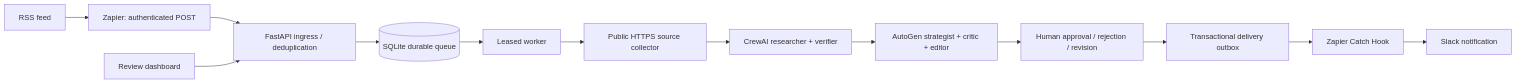
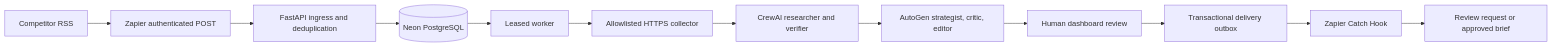
Before and after one commit to tusharg007/signalbrief-competitive-intelligence: the diagram in README.md, drawn with Mermaid. The commit also changed other lines of this file and 6 other files, not shown here.

````diff
--- a/README.md
+++ b/README.md
@@ -9,15 +91,14 @@
 ```mermaid
 flowchart LR
-    RSS[RSS feed] --> Z1[Zapier: authenticated POST]
-    Z1 --> API[FastAPI ingress / deduplication]
-    UI[Review dashboard] --> API
-    API --> DB[(SQLite durable queue)]
+    RSS[Competitor RSS] --> Z1[Zapier authenticated POST]
+    Z1 --> API[FastAPI ingress and deduplication]
+    API --> DB[(Neon PostgreSQL)]
     DB --> Worker[Leased worker]
-    Worker --> Sources[Public HTTPS source collector]
-    Sources --> Crew[CrewAI researcher + verifier]
-    Crew --> Council[AutoGen strategist + critic + editor]
-    Council --> Review[Human approval / rejection / revision]
+    Worker --> Sources[Allowlisted HTTPS collector]
+    Sources --> Crew[CrewAI researcher and verifier]
+    Crew --> Council[AutoGen strategist, critic, editor]
+    Council --> Review[Human dashboard review]
     Review --> Outbox[Transactional delivery outbox]
     Outbox --> Z2[Zapier Catch Hook]
-    Z2 --> Slack[Slack notification]
+    Z2 --> Slack[Review request or approved brief]
 ```
````
